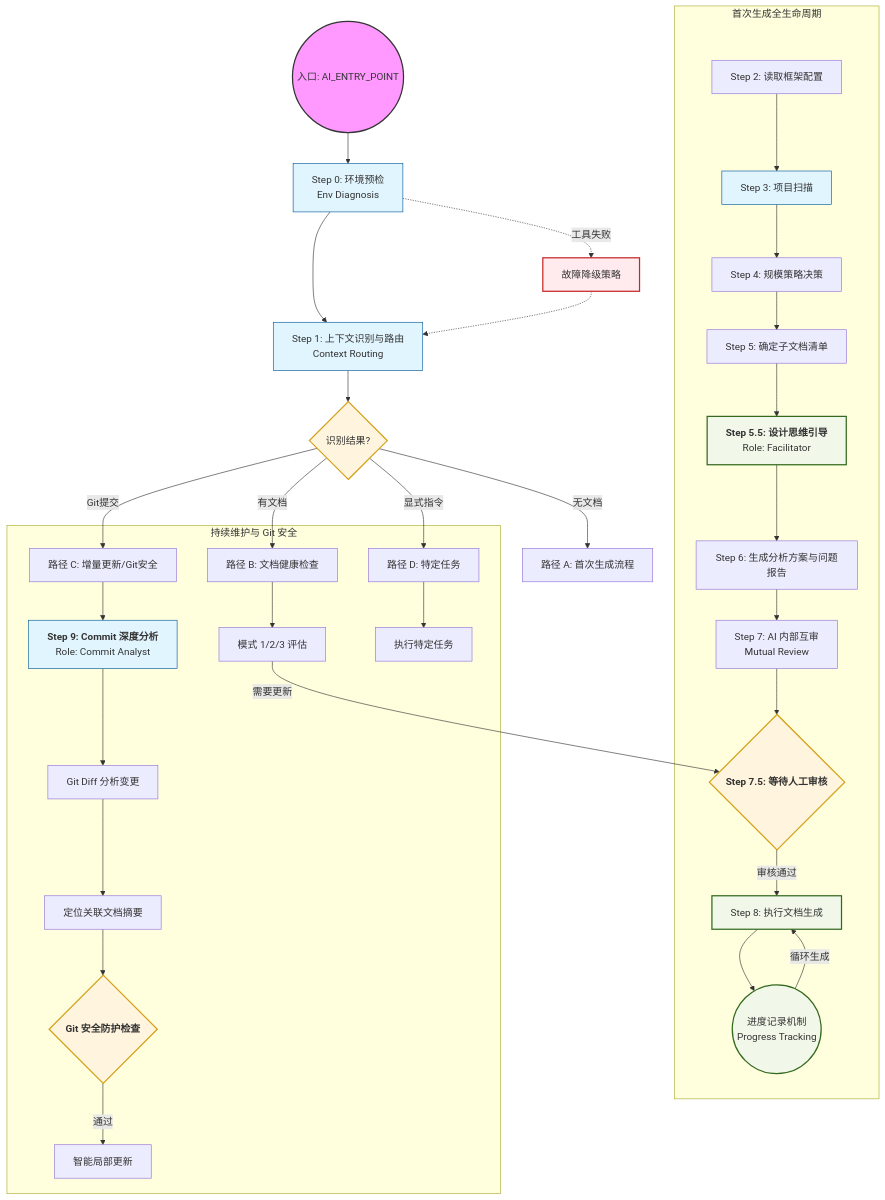
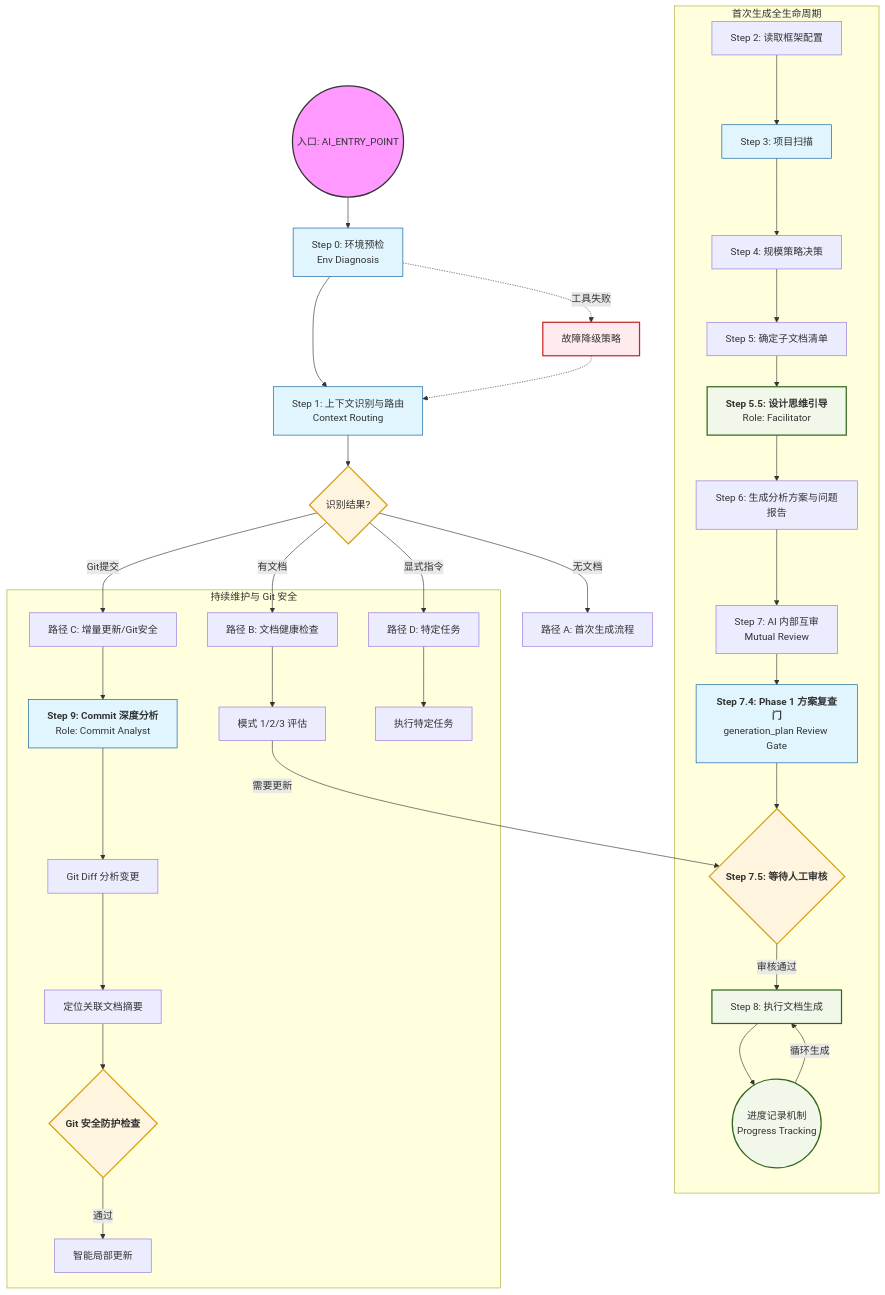
Before and after one commit to zibuyu2015831/AI-Coding-Context: the diagram in AI_ENTRY_POINT.md, drawn with Mermaid. The commit also changed other lines of this file and 43 other files, not shown here.

Commit message:
feat: enforce Phase 1 plan review gate

````diff
--- a/AI_ENTRY_POINT.md
+++ b/AI_ENTRY_POINT.md
@@ -394,63 +394,64 @@
 ```mermaid
 graph TD
     %% 全局样式定义
     classDef init fill:#f9f,stroke:#333,stroke-width:2px;
     classDef decision fill:#fff4dd,stroke:#d4a017,stroke-width:2px;
     classDef process fill:#e1f5fe,stroke:#01579b,stroke-width:1px;
     classDef critical fill:#ffebee,stroke:#c62828,stroke-width:2px;
     classDef loop fill:#f1f8e9,stroke:#33691e,stroke-width:2px;
 
     %% 阶段 0: 初始化与路由
     Start((入口: AI_ENTRY_POINT)) --> S0[Step 0: 环境预检<br/>Env Diagnosis]
     S0 --> S1[Step 1: 上下文识别与路由<br/>Context Routing]
 
     S1 --> D1{识别结果?}
     D1 -- 无文档 --> PathA[路径 A: 首次生成流程]
     D1 -- 有文档 --> PathB[路径 B: 文档健康检查]
     D1 -- Git提交 --> PathC[路径 C: 增量更新/Git安全]
     D1 -- 显式指令 --> PathD[路径 D: 特定任务]
 
     %% 路径 A: 核心生成链路
     subgraph Path_A [首次生成全生命周期]
         S2[Step 2: 读取框架配置] --> S3[Step 3: 项目扫描]
         S3 --> S4[Step 4: 规模策略决策]
         S4 --> S5[Step 5: 确定子文档清单]
 
         %% V3.0 设计思维引导
         S5 --> S55[<b>Step 5.5: 设计思维引导</b><br/>Role: Facilitator]
         S55 --> S6[Step 6: 生成分析方案与问题报告]
 
         S6 --> S7[Step 7: AI 内部互审<br/>Mutual Review]
-        S7 --> S75{<b>Step 7.5: 等待人工审核</b>}
+        S7 --> S74[<b>Step 7.4: Phase 1 方案复查门</b><br/>generation_plan Review Gate]
+        S74 --> S75{<b>Step 7.5: 等待人工审核</b>}
 
         %% 执行与进度记录
         S75 -- 审核通过 --> S8[Step 8: 执行文档生成]
         S8 --> Progress((进度记录机制<br/>Progress Tracking))
         Progress --> |循环生成| S8
     end
 
     %% 路径 B/C/D: 维护与自愈
     subgraph Maintenance [持续维护与 Git 安全]
         PathB --> HealthCheck[模式 1/2/3 评估]
         HealthCheck --> |需要更新| S75
 
         PathC --> CommitAnalyze[<b>Step 9: Commit 深度分析</b><br/>Role: Commit Analyst]
         CommitAnalyze --> Diff[Git Diff 分析变更]
         Diff --> DocLoc[定位关联文档摘要]
         DocLoc --> GitSafety{<b>Git 安全防护检查</b>}
         GitSafety --> |通过| SmartUpdate[智能局部更新]
 
         PathD --> SpecificTask[执行特定任务]
     end
 
     %% 异常处理
     S0 -.-> |工具失败| Fallback[故障降级策略]
     Fallback -.-> S1
 
     %% 状态标记
     class Start init;
     class D1,S75,GitSafety decision;
     class S55,S8,Progress loop;
-    class S0,S1,S3,CommitAnalyze process;
+    class S0,S1,S3,S74,CommitAnalyze process;
     class Fallback critical;
 ```
````
